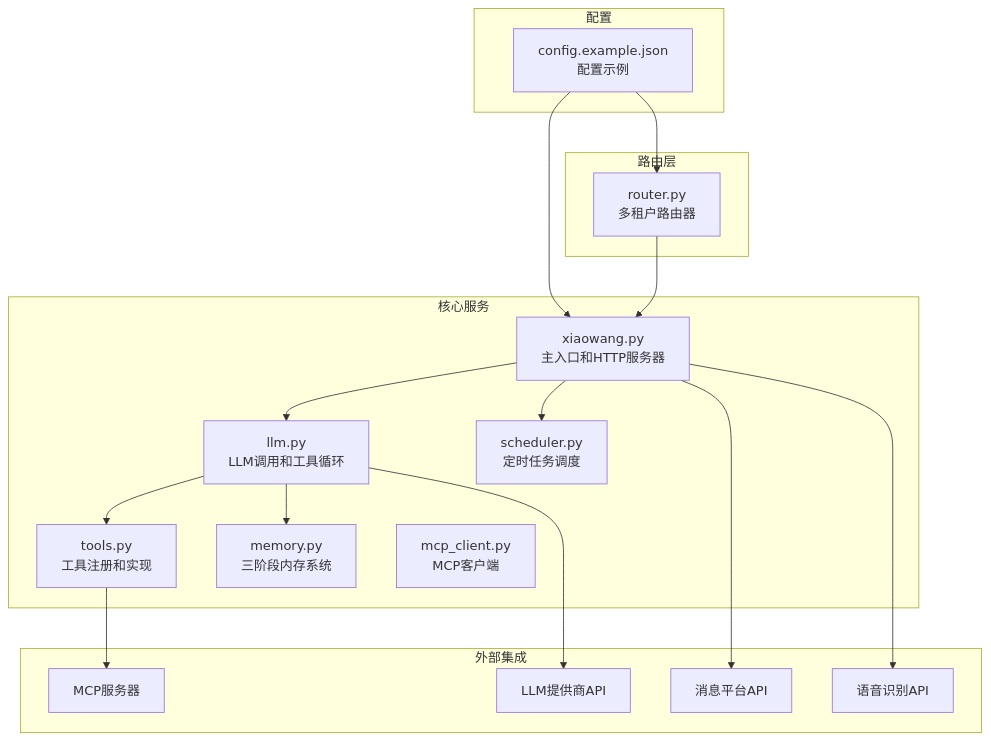
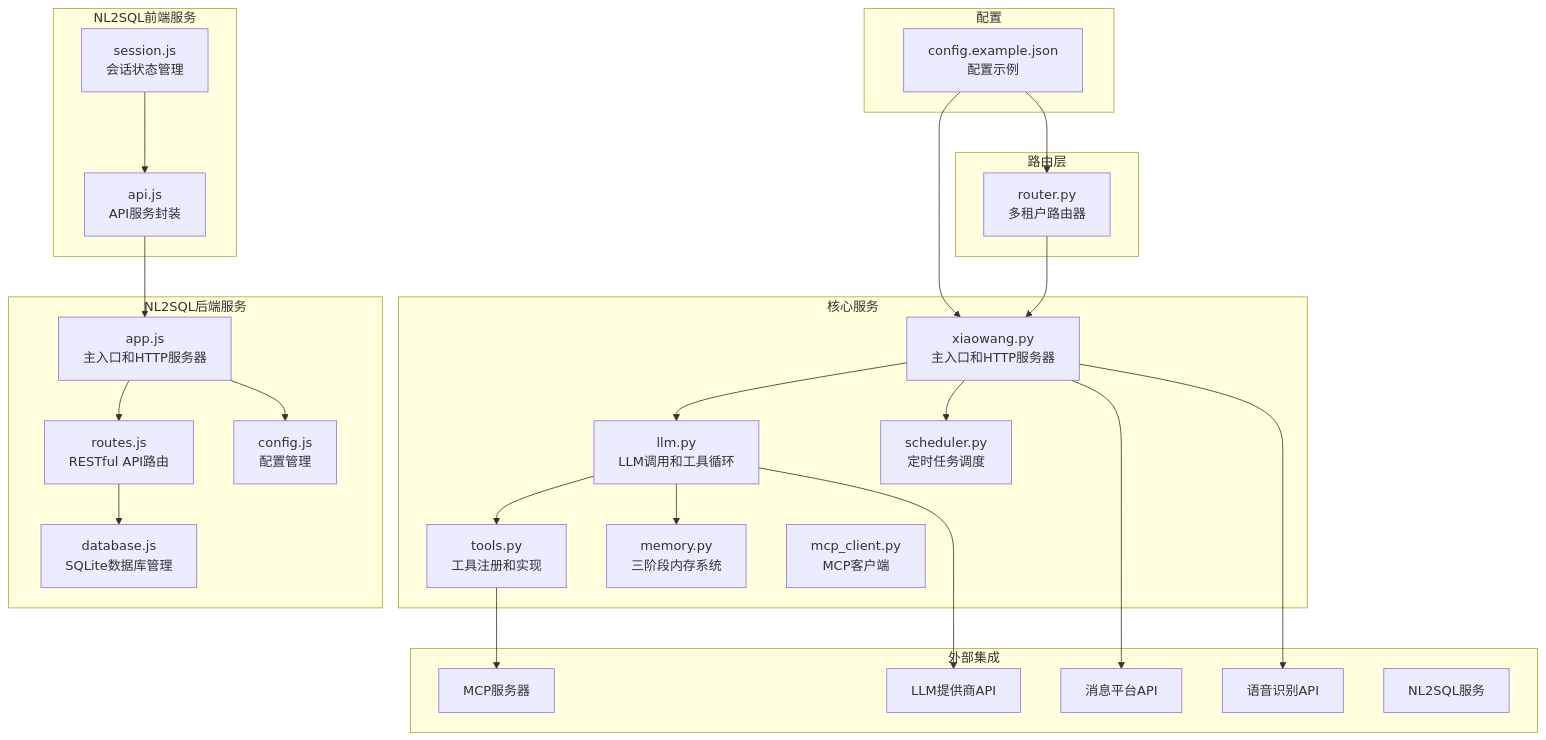
The first of 3 diagrams in .qoder/repowiki/zh/content/API参考/HTTP API.md (HanHuiOnLine/724-office), drawn with Mermaid before and after one commit. The commit also changed other lines of this file and 13 other files, not shown here.

````diff
--- a/.qoder/repowiki/zh/content/API参考/HTTP API.md
+++ b/.qoder/repowiki/zh/content/API参考/HTTP API.md
@@ -41,34 +50,50 @@
 ```mermaid
 graph TB
 subgraph "核心服务"
 XW[xiaowang.py<br/>主入口和HTTP服务器]
 LL[llm.py<br/>LLM调用和工具循环]
 TM[tools.py<br/>工具注册和实现]
 ME[memory.py<br/>三阶段内存系统]
 SC[scheduler.py<br/>定时任务调度]
 MC[mcp_client.py<br/>MCP客户端]
 end
+subgraph "NL2SQL后端服务"
+APP[app.js<br/>主入口和HTTP服务器]
+RT[routes.js<br/>RESTful API路由]
+DB[database.js<br/>SQLite数据库管理]
+CFG[config.js<br/>配置管理]
+end
+subgraph "NL2SQL前端服务"
+SES[session.js<br/>会话状态管理]
+API[api.js<br/>API服务封装]
+end
 subgraph "路由层"
-RT[router.py<br/>多租户路由器]
+RT2[router.py<br/>多租户路由器]
 end
 subgraph "配置"
-CFG[config.example.json<br/>配置示例]
+CFG2[config.example.json<br/>配置示例]
 end
 subgraph "外部集成"
 MSG[消息平台API]
 LLM[LLM提供商API]
 ASR[语音识别API]
 MCP[MCP服务器]
+NL2SQL[NL2SQL服务]
 end
-RT --> XW
+RT2 --> XW
 XW --> LL
 LL --> TM
 LL --> ME
 XW --> SC
 TM --> MCP
 XW --> MSG
 LL --> LLM
 XW --> ASR
-CFG --> XW
-CFG --> RT
+CFG2 --> XW
+CFG2 --> RT2
+APP --> RT
+RT --> DB
+APP --> CFG
+SES --> API
+API --> APP
 ```
````
